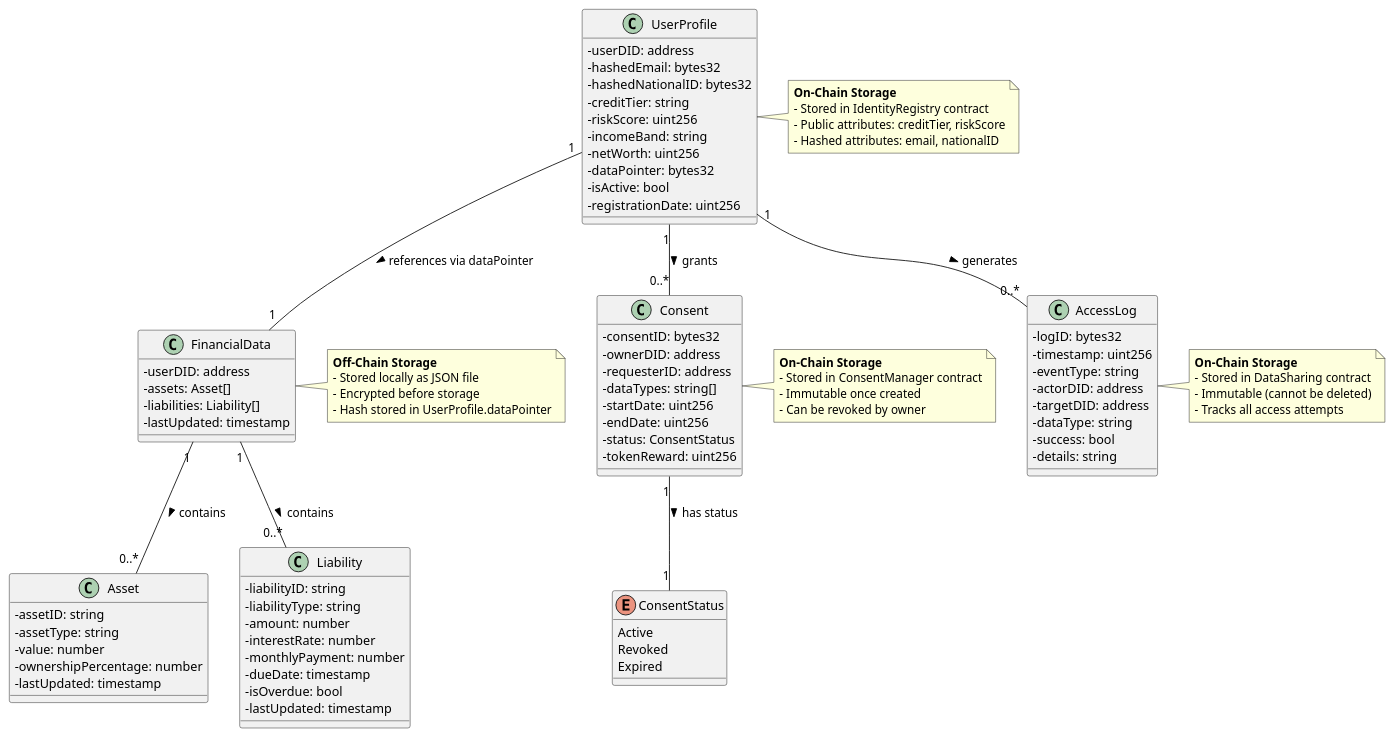
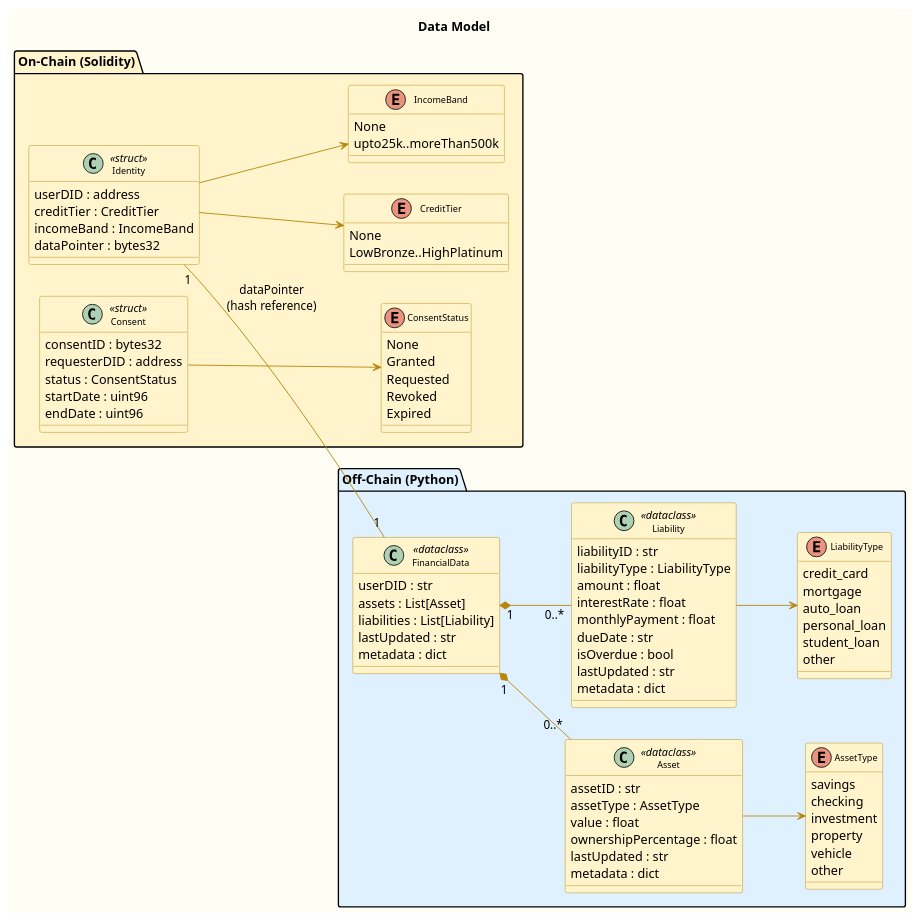
Before and after one commit to SorinBetisor/identity-blockchain: the diagram in docs/system_design/data-model.puml, drawn with PlantUML. The commit also changed other lines of this file and 4 other files, not shown here.

First line of the commit message:
chore: update uml diagrams

```diff
--- a/docs/system_design/data-model.puml
+++ b/docs/system_design/data-model.puml
@@ -1,116 +1,108 @@
 @startuml
 
-' Data Model Diagram - Separated from Smart Contract Design
-' This diagram focuses on the data structures and relationships
+left to right direction
+title Data Model
 
 skinparam classAttributeIconSize 0
-
-' --- Core Data Entities ---
-
-class UserProfile {
-  - userDID: address
-  - hashedEmail: bytes32
-  - hashedNationalID: bytes32
-  - creditTier: string
-  - riskScore: uint256
-  - incomeBand: string
-  - netWorth: uint256
-  - dataPointer: bytes32
-  - isActive: bool
-  - registrationDate: uint256
+skinparam backgroundColor #FFFEF5
+skinparam classFontSize 10
+skinparam class {
+  BackgroundColor #FFF4CC
+  BorderColor #B8860B
+  ArrowColor #B8860B
 }
 
-class Consent {
-  - consentID: bytes32
-  - ownerDID: address
-  - requesterID: address
-  - dataTypes: string[]
-  - startDate: uint256
-  - endDate: uint256
-  - status: ConsentStatus
-  - tokenReward: uint256
+package "On-Chain (Solidity)" #FFF4CC {
+  class Identity <<struct>> {
+    userDID : address
+    creditTier : CreditTier
+    incomeBand : IncomeBand
+    dataPointer : bytes32
+  }
+
+  class Consent <<struct>> {
+    consentID : bytes32
+    requesterDID : address
+    status : ConsentStatus
+    startDate : uint96
+    endDate : uint96
+  }
+
+  enum CreditTier {
+    None
+    LowBronze..HighPlatinum
+  }
+
+  enum IncomeBand {
+    None
+    upto25k..moreThan500k
+  }
+
+  enum ConsentStatus {
+    None
+    Granted
+    Requested
+    Revoked
+    Expired
+  }
 }
 
-enum ConsentStatus {
-  Active
-  Revoked
-  Expired
+package "Off-Chain (Python)" #DFF0FF {
+  class FinancialData <<dataclass>> {
+    userDID : str
+    assets : List[Asset]
+    liabilities : List[Liability]
+    lastUpdated : str
+    metadata : dict
+  }
+
+  class Asset <<dataclass>> {
+    assetID : str
+    assetType : AssetType
+    value : float
+    ownershipPercentage : float
+    lastUpdated : str
+    metadata : dict
+  }
+
+  class Liability <<dataclass>> {
+    liabilityID : str
+    liabilityType : LiabilityType
+    amount : float
+    interestRate : float
+    monthlyPayment : float
+    dueDate : str
+    isOverdue : bool
+    lastUpdated : str
+    metadata : dict
+  }
+
+  enum AssetType {
+    savings
+    checking
+    investment
+    property
+    vehicle
+    other
+  }
+
+  enum LiabilityType {
+    credit_card
+    mortgage
+    auto_loan
+    personal_loan
+    student_loan
+    other
+  }
 }
 
-class AccessLog {
-  - logID: bytes32
-  - timestamp: uint256
-  - eventType: string
-  - actorDID: address
-  - targetDID: address
-  - dataType: string
-  - success: bool
-  - details: string
-}
-
-' --- Off-Chain Data Structures ---
-
-class FinancialData {
-  - userDID: address
-  - assets: Asset[]
-  - liabilities: Liability[]
-  - lastUpdated: timestamp
-}
-
-class Asset {
-  - assetID: string
-  - assetType: string
-  - value: number
-  - ownershipPercentage: number
-  - lastUpdated: timestamp
-}
-
-class Liability {
-  - liabilityID: string
-  - liabilityType: string
-  - amount: number
-  - interestRate: number
-  - monthlyPayment: number
-  - dueDate: timestamp
-  - isOverdue: bool
-  - lastUpdated: timestamp
-}
-
-' --- Relationships ---
-
-UserProfile "1" -- "0..*" Consent : grants >
-UserProfile "1" -- "0..*" AccessLog : generates >
-Consent "1" -- "1" ConsentStatus : has status >
-FinancialData "1" -- "0..*" Asset : contains >
-FinancialData "1" -- "0..*" Liability : contains >
-UserProfile "1" -- "1" FinancialData : references via dataPointer >
-
-note right of UserProfile
-  **On-Chain Storage**
-  - Stored in IdentityRegistry contract
-  - Public attributes: creditTier, riskScore
-  - Hashed attributes: email, nationalID
-end note
-
-note right of FinancialData
-  **Off-Chain Storage**
-  - Stored locally as JSON file
-  - Encrypted before storage
-  - Hash stored in UserProfile.dataPointer
-end note
-
-note right of Consent
-  **On-Chain Storage**
-  - Stored in ConsentManager contract
-  - Immutable once created
-  - Can be revoked by owner
-end note
-
-note right of AccessLog
-  **On-Chain Storage**
-  - Stored in DataSharing contract
-  - Immutable (cannot be deleted)
-  - Tracks all access attempts
-end note
+Identity "1" -- "1" FinancialData : dataPointer\n(hash reference)
+Identity --> CreditTier
+Identity --> IncomeBand
+Consent --> ConsentStatus
+FinancialData "1" *-- "0..*" Asset
+FinancialData "1" *-- "0..*" Liability
+Asset --> AssetType
+Liability --> LiabilityType
 
 @enduml
```
